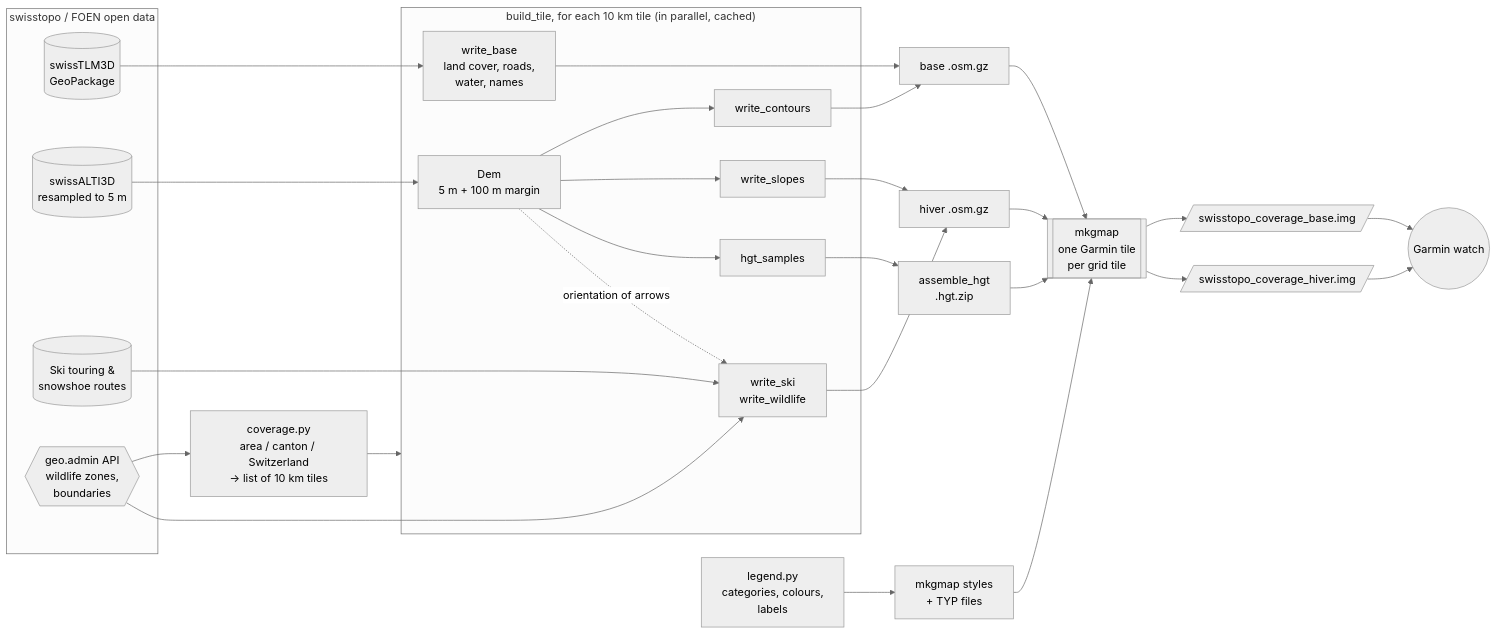
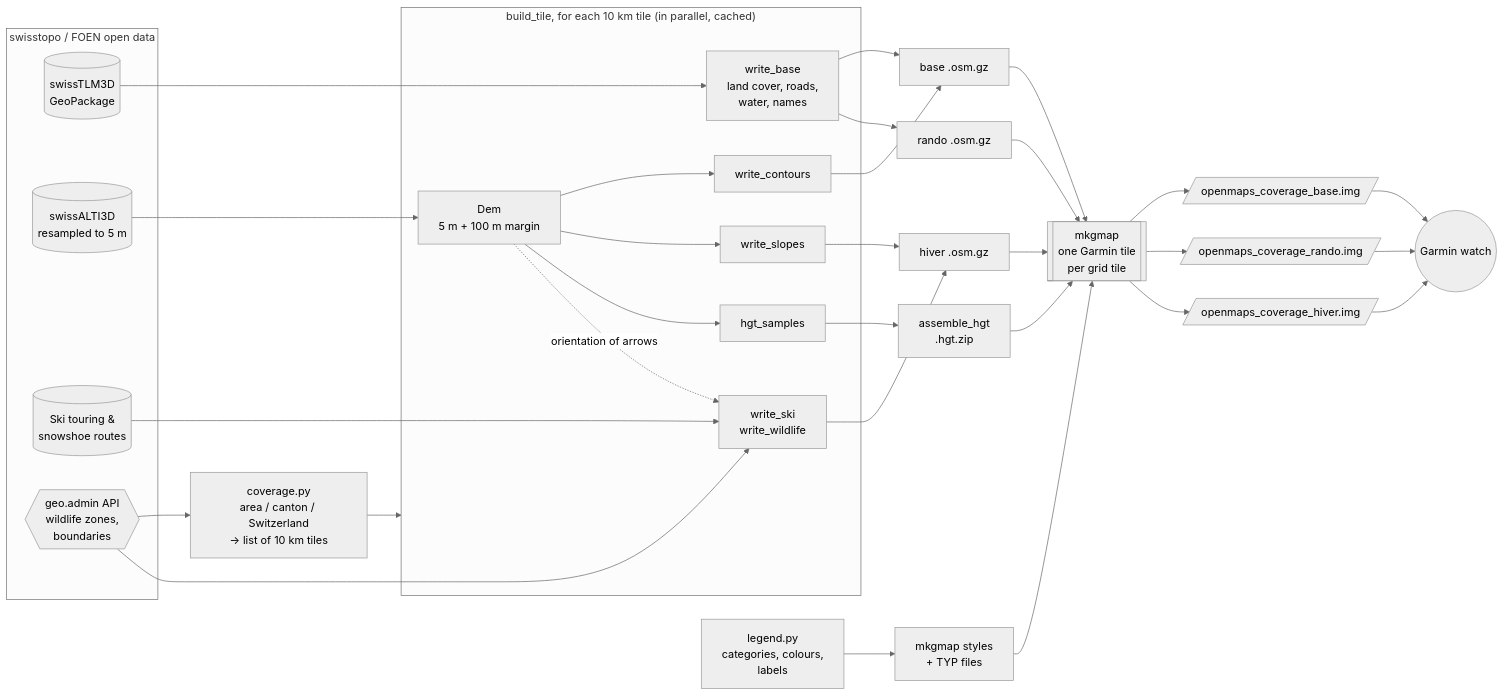
The diagram in README.md (dustag/garmin-swisstopo), drawn with Mermaid (neutral theme) before and after one commit. The commit also changed other lines of this file and 19 other files, not shown here.

First line of the commit message:
Hiking overlay; rename the project garmin-openmaps

````diff
--- a/README.md
+++ b/README.md
@@ -59,38 +62,40 @@
 ```mermaid
 flowchart LR
     subgraph Sources["swisstopo / FOEN open data"]
         TLM[(swissTLM3D<br/>GeoPackage)]
         ALTI[(swissALTI3D<br/>resampled to 5 m)]
         SKI[(Ski touring &<br/>snowshoe routes)]
         API{{geo.admin API<br/>wildlife zones,<br/>boundaries}}
     end
 
     COV[coverage.py<br/>area / canton / Switzerland<br/>→ list of 10 km tiles]
     API --> COV
 
     subgraph Tile["build_tile, for each 10 km tile (in parallel, cached)"]
         DEM[Dem<br/>5 m + 100 m margin]
         BASE[write_base<br/>land cover, roads,<br/>water, names]
         CONT[write_contours]
         SLOPE[write_slopes]
         WINTER[write_ski<br/>write_wildlife]
         SAMP[hgt_samples]
     end
 
     COV --> Tile
     TLM --> BASE
     ALTI --> DEM --> CONT & SLOPE & SAMP
     DEM -. orientation of arrows .-> WINTER
     SKI --> WINTER
     API --> WINTER
 
     BASE & CONT --> OSMB[base .osm.gz]
     SLOPE & WINTER --> OSMW[hiver .osm.gz]
+    BASE --> OSMR[rando .osm.gz]
     SAMP --> HGT[assemble_hgt<br/>.hgt.zip]
     LEG[legend.py<br/>categories, colours,<br/>labels] --> STY[mkgmap styles<br/>+ TYP files]
 
-    OSMB & OSMW & HGT & STY --> MK[[mkgmap<br/>one Garmin tile<br/>per grid tile]]
-    MK --> IMG1[/swisstopo_coverage_base.img/]
-    MK --> IMG2[/swisstopo_coverage_hiver.img/]
-    IMG1 & IMG2 --> W((Garmin watch))
+    OSMB & OSMR & OSMW & HGT & STY --> MK[[mkgmap<br/>one Garmin tile<br/>per grid tile]]
+    MK --> IMG1[/openmaps_coverage_base.img/]
+    MK --> IMG3[/openmaps_coverage_rando.img/]
+    MK --> IMG2[/openmaps_coverage_hiver.img/]
+    IMG1 & IMG3 & IMG2 --> W((Garmin watch))
 ```
````
